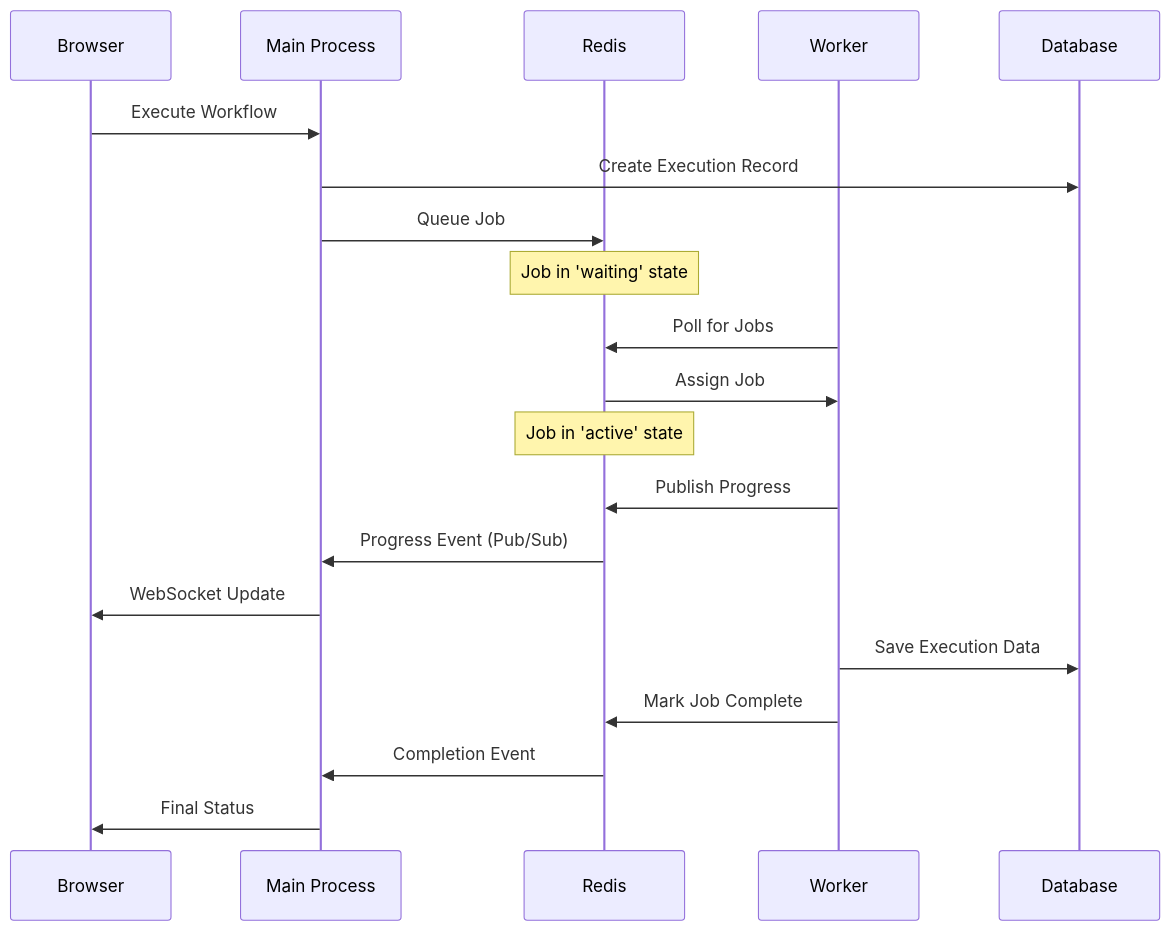
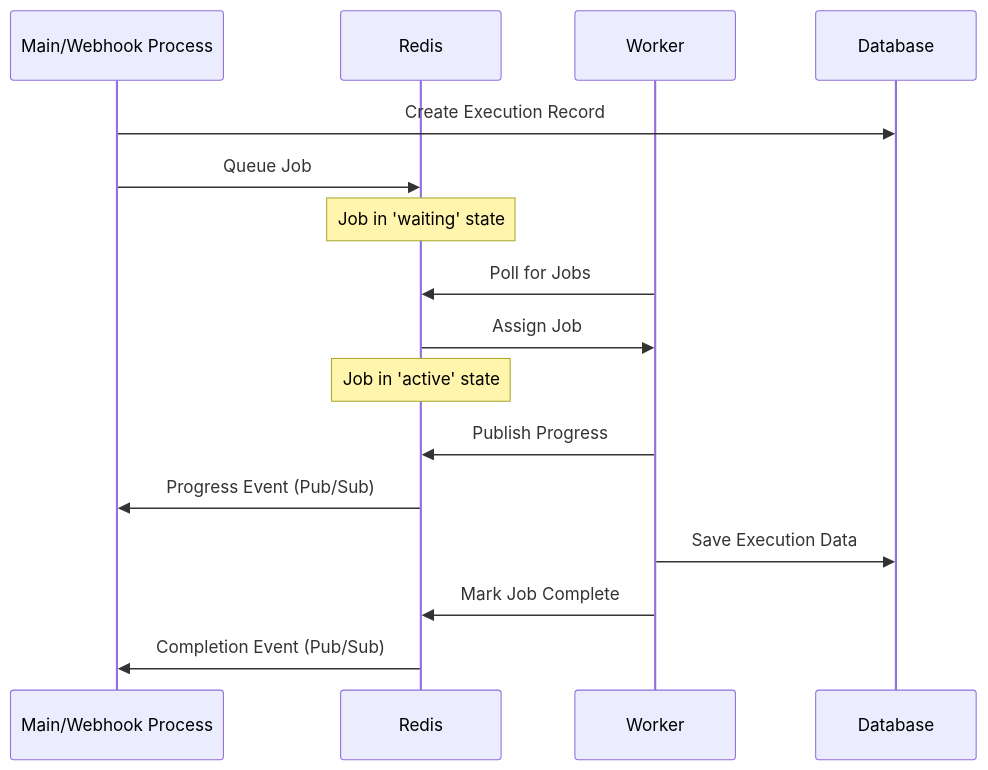
The fourth of 4 diagrams in docs/architecture/execution-modes.md (haroldlucero/n8n), drawn with Mermaid before and after one commit.

Commit message:
docs: improve execution mode diagrams

````diff
--- a/docs/architecture/execution-modes.md
+++ b/docs/architecture/execution-modes.md
@@ -366,26 +366,22 @@
 ```mermaid
 sequenceDiagram
-    participant UI as Browser
-    participant Main as Main Process
+    participant Main as Main/Webhook Process
     participant Redis as Redis
     participant Worker as Worker
     participant DB as Database
     
-    UI->>Main: Execute Workflow
     Main->>DB: Create Execution Record
     Main->>Redis: Queue Job
     Note over Redis: Job in 'waiting' state
     
     Worker->>Redis: Poll for Jobs
     Redis->>Worker: Assign Job
     Note over Redis: Job in 'active' state
     
     Worker->>Redis: Publish Progress
     Redis->>Main: Progress Event (Pub/Sub)
-    Main->>UI: WebSocket Update
     
     Worker->>DB: Save Execution Data
     Worker->>Redis: Mark Job Complete
-    Redis->>Main: Completion Event
-    Main->>UI: Final Status
+    Redis->>Main: Completion Event (Pub/Sub)
 ```
````
